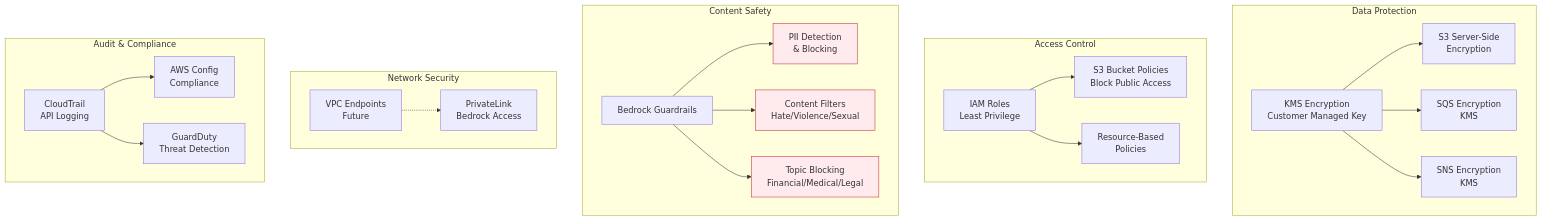
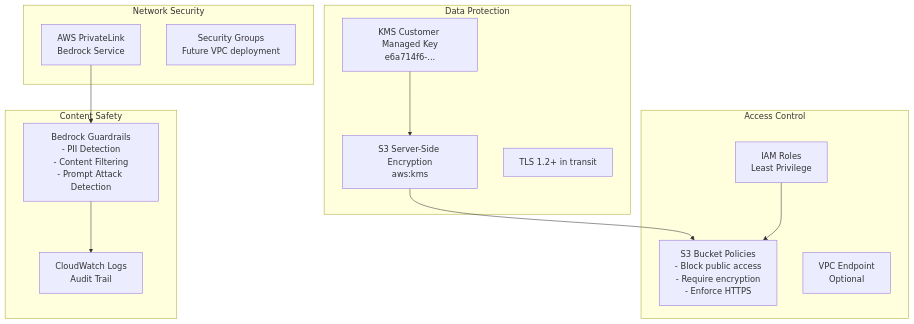
The fifth of 5 diagrams in docs/ARCHITECTURE_DIAGRAM.md (Answering-IT/kb-rag-agent), drawn with Mermaid before and after one commit. The commit also changed other lines of this file and 3 other files, not shown here.

````diff
--- a/docs/ARCHITECTURE_DIAGRAM.md
+++ b/docs/ARCHITECTURE_DIAGRAM.md
@@ -360,53 +318,30 @@
 ```mermaid
 graph TB
     subgraph "Data Protection"
-        KMS[KMS Encryption<br/>Customer Managed Key]
-        S3Enc[S3 Server-Side<br/>Encryption]
-        SQSEnc[SQS Encryption<br/>KMS]
-        SNSEnc[SNS Encryption<br/>KMS]
+        KMS[KMS Customer Managed Key<br/>e6a714f6-...]
+        S3Encrypt[S3 Server-Side Encryption<br/>aws:kms]
+        InTransit[TLS 1.2+ in transit]
     end
 
     subgraph "Access Control"
-        IAM[IAM Roles<br/>Least Privilege]
-        BucketPolicy[S3 Bucket Policies<br/>Block Public Access]
-        ResourcePolicy[Resource-Based<br/>Policies]
+        IAMRoles[IAM Roles<br/>Least Privilege]
+        BucketPolicy[S3 Bucket Policies<br/>- Block public access<br/>- Require encryption<br/>- Enforce HTTPS]
+        VPCEndpoint[VPC Endpoint<br/>Optional]
     end
 
     subgraph "Content Safety"
-        Guardrails[Bedrock Guardrails]
-        PIIFilter[PII Detection<br/>& Blocking]
-        ContentFilter[Content Filters<br/>Hate/Violence/Sexual]
-        TopicBlock[Topic Blocking<br/>Financial/Medical/Legal]
+        Guardrails[Bedrock Guardrails<br/>- PII Detection<br/>- Content Filtering<br/>- Prompt Attack Detection]
+        Logging[CloudWatch Logs<br/>Audit Trail]
     end
 
     subgraph "Network Security"
-        VPCEndpoints[VPC Endpoints<br/>Future]
-        PrivateLink[PrivateLink<br/>Bedrock Access]
+        PrivateLink[AWS PrivateLink<br/>Bedrock Service]
+        SecGroups[Security Groups<br/>Future VPC deployment]
     end
 
-    subgraph "Audit & Compliance"
-        CloudTrail[CloudTrail<br/>API Logging]
-        ConfigRules[AWS Config<br/>Compliance]
-        GuardDuty[GuardDuty<br/>Threat Detection]
-    end
-
-    KMS --> S3Enc
-    KMS --> SQSEnc
-    KMS --> SNSEnc
-
-    IAM --> BucketPolicy
-    IAM --> ResourcePolicy
-
-    Guardrails --> PIIFilter
-    Guardrails --> ContentFilter
-    Guardrails --> TopicBlock
-
-    VPCEndpoints -.-> PrivateLink
-
-    CloudTrail --> ConfigRules
-    CloudTrail --> GuardDuty
-
-    style PIIFilter fill:#ffebee,stroke:#c62828
-    style ContentFilter fill:#ffebee,stroke:#c62828
-    style TopicBlock fill:#ffebee,stroke:#c62828
+    KMS --> S3Encrypt
+    S3Encrypt --> BucketPolicy
+    IAMRoles --> BucketPolicy
+    Guardrails --> Logging
+    PrivateLink --> Guardrails
 ```
````
